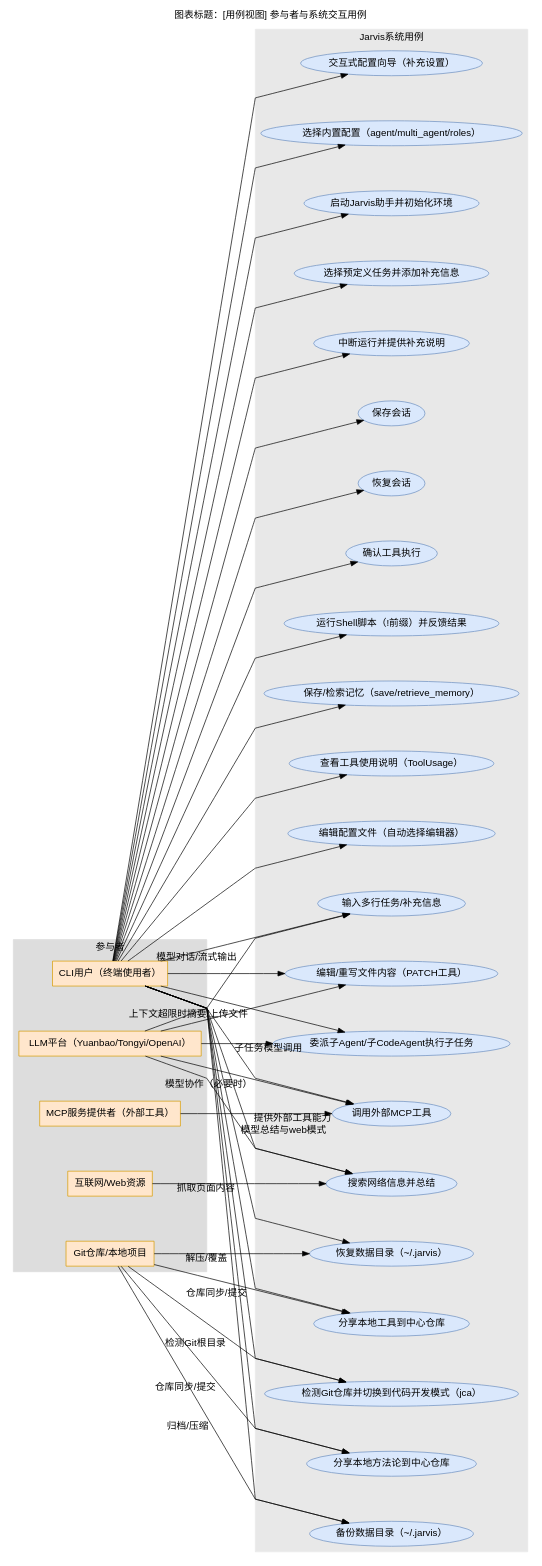
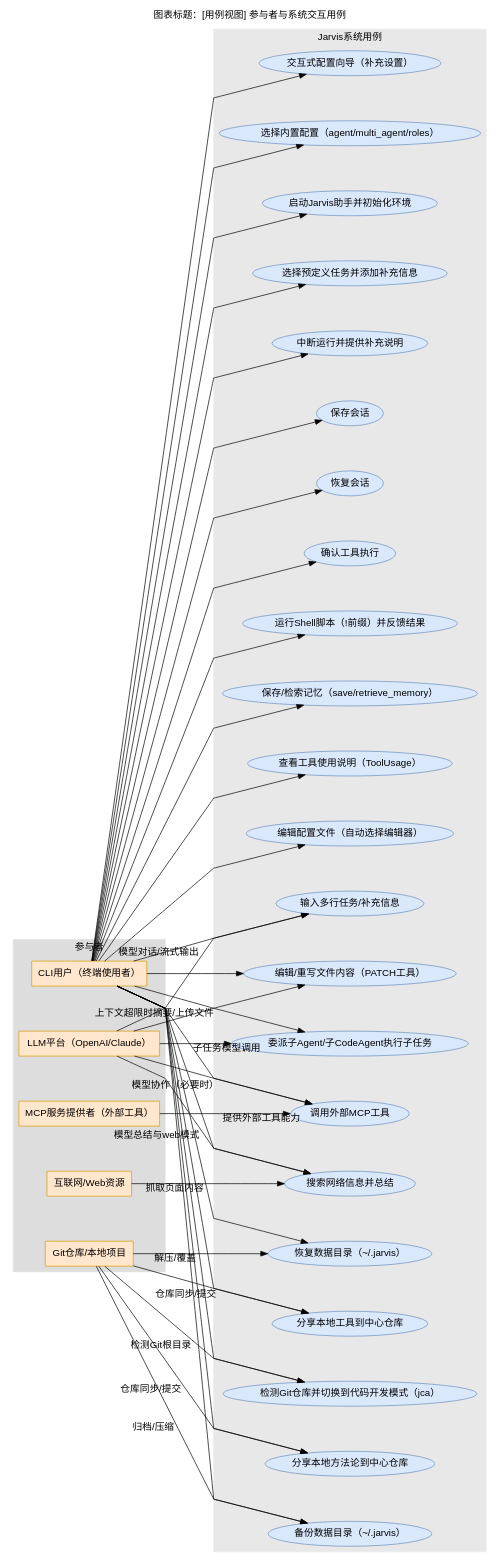
Before and after one commit to skyfireitdiy/Jarvis: the diagram in docs/images/jarvis_use_case_view.dot, drawn with Graphviz. The commit also changed 14 other files, not shown here.

```diff
--- a/docs/images/jarvis_use_case_view.dot
+++ b/docs/images/jarvis_use_case_view.dot
@@ -1,99 +1,99 @@
 digraph G {
   // --- Global Settings ---
   graph [rankdir="LR", splines=polyline, fontname="Sans-serif", label="图表标题：[用例视图] 参与者与系统交互用例", labelloc="t", newrank=true, nodesep=0.9, ranksep=1.2, overlap=false];
   node [shape=ellipse, style="filled", fillcolor="#EFEFEF", fontname="Sans-serif"];
   edge [fontname="Sans-serif"];
 
   // 参与者（Actors）
   subgraph cluster_actors {
     label = "参与者";
     style = "filled";
     color = "#dddddd";
     node [shape=box, fillcolor="#FFE6CC", color="#D79B00"];
     actor_user [label="CLI用户（终端使用者）"];
-    actor_llm [label="LLM平台（Yuanbao/Tongyi/OpenAI）"];
+    actor_llm [label="LLM平台（OpenAI/Claude）"];
     actor_mcp [label="MCP服务提供者（外部工具）"];
     actor_git [label="Git仓库/本地项目"];
     actor_web [label="互联网/Web资源"];
   }
 
   // 用例（系统功能）
   subgraph cluster_usecases {
     label = "Jarvis系统用例";
     style = "filled";
     color = "#e8e8e8";
     node [shape=ellipse, fillcolor="#DAE8FC", color="#6C8EBF"];
 
     // 会话与任务
     uc_start [label="启动Jarvis助手并初始化环境"];
     uc_input_task [label="输入多行任务/补充信息"];
     uc_select_task [label="选择预定义任务并添加补充信息"];
     uc_interrupt [label="中断运行并提供补充说明"];
     uc_save_session [label="保存会话"];
     uc_restore_session [label="恢复会话"];
 
     // 工具调用与执行
     uc_confirm_tool [label="确认工具执行"];
     uc_shell_script [label="运行Shell脚本（!前缀）并反馈结果"];
     uc_edit_file [label="编辑/重写文件内容（PATCH工具）"];
     uc_memory_ops [label="保存/检索记忆（save/retrieve_memory）"];
     uc_search_web [label="搜索网络信息并总结"];
     uc_sub_agent [label="委派子Agent/子CodeAgent执行子任务"];
     uc_mcp_tools [label="调用外部MCP工具"];
     uc_tool_usage [label="查看工具使用说明（ToolUsage）"];
 
     // 配置与数据管理
     uc_edit_config [label="编辑配置文件（自动选择编辑器）"];
     uc_interactive_config [label="交互式配置向导（补充设置）"];
     uc_backup_data [label="备份数据目录（~/.jarvis）"];
     uc_restore_data [label="恢复数据目录（~/.jarvis）"];
     uc_builtin_configs [label="选择内置配置（agent/multi_agent/roles）"];
     uc_switch_jca [label="检测Git仓库并切换到代码开发模式（jca）"];
 
     // 方法论与工具分享
     uc_share_method [label="分享本地方法论到中心仓库"];
     uc_share_tool [label="分享本地工具到中心仓库"];
   }
 
   // 参与者到用例的关系
   actor_user -> uc_start;
   actor_user -> uc_input_task;
   actor_user -> uc_select_task;
   actor_user -> uc_interrupt;
   actor_user -> uc_save_session;
   actor_user -> uc_restore_session;
   actor_user -> uc_confirm_tool;
   actor_user -> uc_shell_script;
   actor_user -> uc_edit_file;
   actor_user -> uc_memory_ops;
   actor_user -> uc_search_web;
   actor_user -> uc_sub_agent;
   actor_user -> uc_mcp_tools;
   actor_user -> uc_tool_usage;
   actor_user -> uc_edit_config;
   actor_user -> uc_interactive_config;
   actor_user -> uc_backup_data;
   actor_user -> uc_restore_data;
   actor_user -> uc_builtin_configs;
   actor_user -> uc_switch_jca;
   actor_user -> uc_share_method;
   actor_user -> uc_share_tool;
 
   // 支持参与者到相关用例的关系（辅助/外部系统）
   actor_llm -> uc_input_task [xlabel="模型对话/流式输出"];
   actor_llm -> uc_search_web [xlabel="模型总结与web模式"];
   actor_llm -> uc_edit_file [xlabel="上下文超限时摘要/上传文件"];
   actor_llm -> uc_sub_agent [xlabel="子任务模型调用"];
   actor_llm -> uc_mcp_tools [xlabel="模型协作（必要时）"];
 
   actor_mcp -> uc_mcp_tools [xlabel="提供外部工具能力"];
   actor_web -> uc_search_web [xlabel="抓取页面内容"];
   actor_git -> uc_switch_jca [xlabel="检测Git根目录"];
   actor_git -> uc_share_tool [xlabel="仓库同步/提交"];
   actor_git -> uc_share_method [xlabel="仓库同步/提交"];
   actor_git -> uc_backup_data [xlabel="归档/压缩"];
   actor_git -> uc_restore_data [xlabel="解压/覆盖"];
 
   // 对齐
   { rank=same; actor_user; actor_llm; actor_mcp; actor_git; actor_web; }
 }
```
